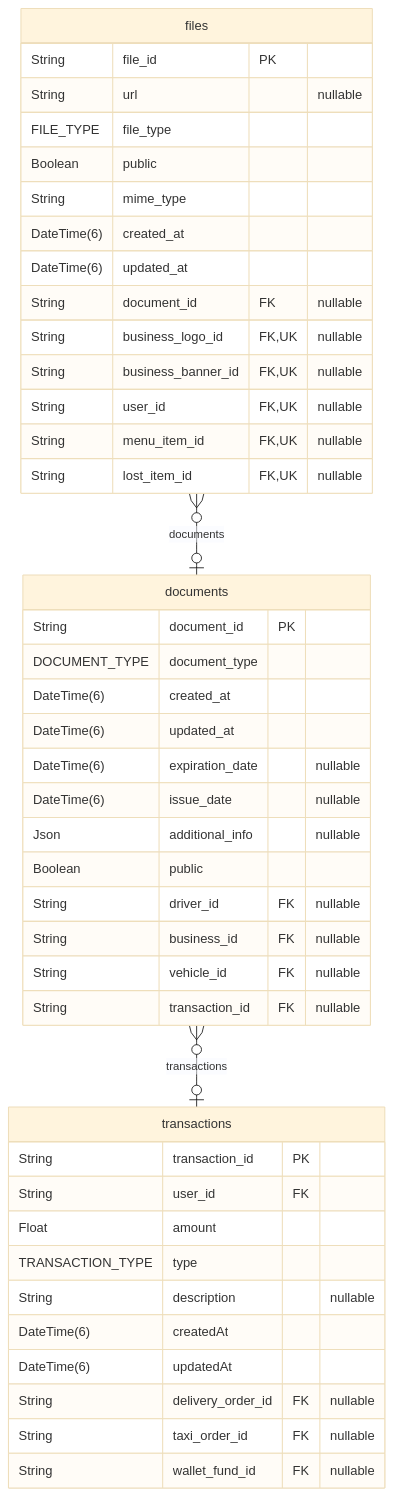
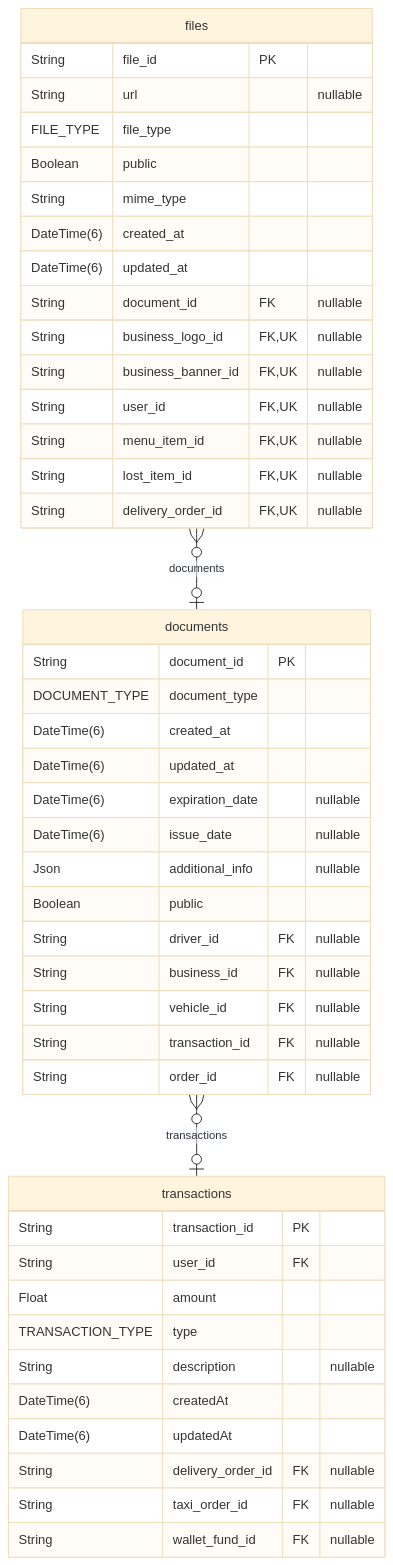
Before and after one commit to pbozic/be-analyisis: the fifth of 37 diagrams in prisma/schemas/ERD.md, drawn with Mermaid (base theme). The commit also changed other lines of this file and 4 other files, not shown here.

Commit message:
feature: updated schemas with latest required changes

````diff
--- a/prisma/schemas/ERD.md
+++ b/prisma/schemas/ERD.md
@@ -935,46 +938,48 @@
 ```mermaid
 erDiagram
 "files" {
   String file_id PK
   String url "nullable"
   FILE_TYPE file_type
   Boolean public
   String mime_type
   DateTime(6) created_at
   DateTime(6) updated_at
   String document_id FK "nullable"
   String business_logo_id FK,UK "nullable"
   String business_banner_id FK,UK "nullable"
   String user_id FK,UK "nullable"
   String menu_item_id FK,UK "nullable"
   String lost_item_id FK,UK "nullable"
+  String delivery_order_id FK,UK "nullable"
 }
 "documents" {
   String document_id PK
   DOCUMENT_TYPE document_type
   DateTime(6) created_at
   DateTime(6) updated_at
   DateTime(6) expiration_date "nullable"
   DateTime(6) issue_date "nullable"
   Json additional_info "nullable"
   Boolean public
   String driver_id FK "nullable"
   String business_id FK "nullable"
   String vehicle_id FK "nullable"
   String transaction_id FK "nullable"
+  String order_id FK "nullable"
 }
 "transactions" {
   String transaction_id PK
   String user_id FK
   Float amount
   TRANSACTION_TYPE type
   String description "nullable"
   DateTime(6) createdAt
   DateTime(6) updatedAt
   String delivery_order_id FK "nullable"
   String taxi_order_id FK "nullable"
   String wallet_fund_id FK "nullable"
 }
 "files" }o--o| "documents" : documents
 "documents" }o--o| "transactions" : transactions
 ```
````
